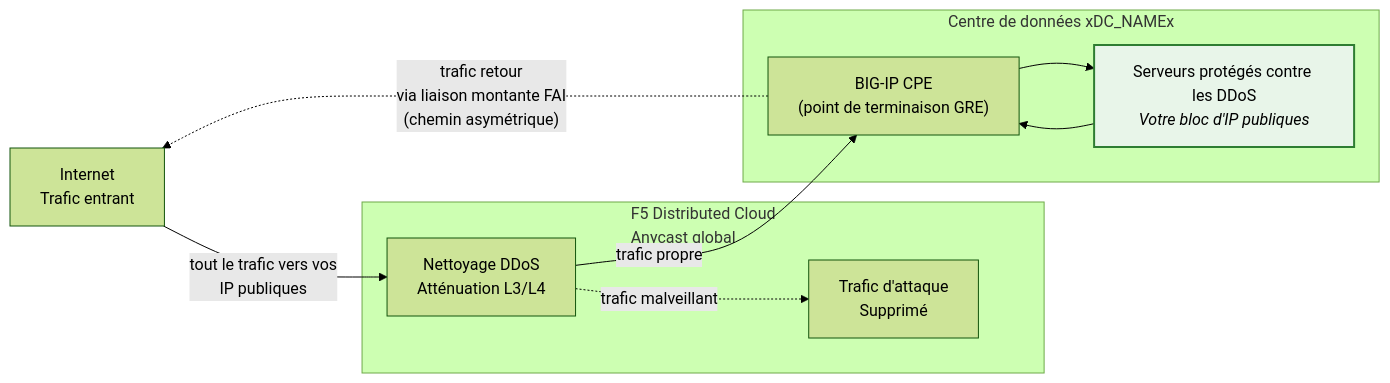
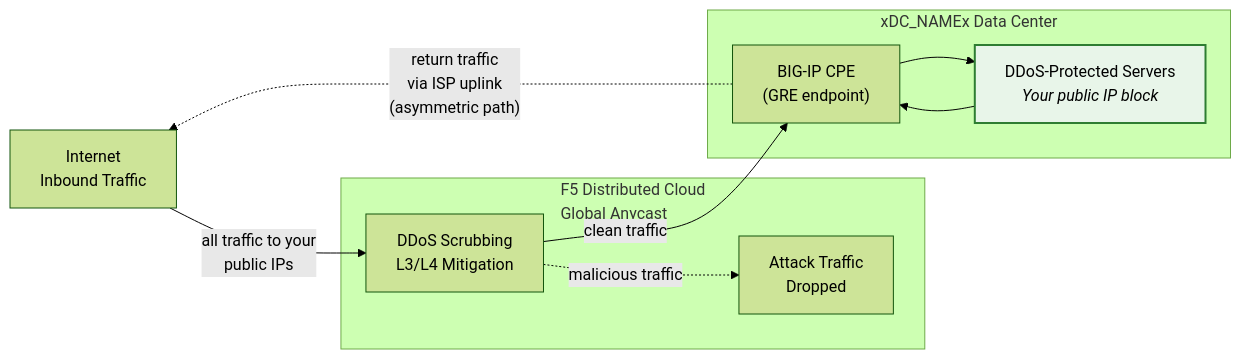
One commit to f5-sales-demo/ddos changed the first of 2 diagrams in docs/fr/overview.mdx. Above: the diagram before and after it, drawn with Mermaid (forest theme). The commit also changed other lines of this file and 89 other files, not shown here.

````diff
--- a/docs/fr/overview.mdx
+++ b/docs/fr/overview.mdx
@@ -21,23 +21,23 @@
 ```mermaid
 flowchart LR
-    INET["Internet<br/>Trafic entrant"]
+    INET["Internet<br/>Inbound Traffic"]
 
-    subgraph XC["F5 Distributed Cloud<br/>Anycast global"]
-        SCRUB["Nettoyage DDoS<br/>Atténuation L3/L4"]
-        DROP["Trafic d'attaque<br/>Supprimé"]
+    subgraph XC["F5 Distributed Cloud<br/>Global Anycast"]
+        SCRUB["DDoS Scrubbing<br/>L3/L4 Mitigation"]
+        DROP["Attack Traffic<br/>Dropped"]
     end
 
-    subgraph DC["Centre de données xDC_NAMEx"]
-        BIGIP["BIG-IP CPE<br/>(point de terminaison GRE)"]
-        SERVERS["Serveurs protégés contre les DDoS<br/><i>Votre bloc d'IP publiques</i>"]
+    subgraph DC["xDC_NAMEx Data Center"]
+        BIGIP["BIG-IP CPE<br/>(GRE endpoint)"]
+        SERVERS["DDoS-Protected Servers<br/><i>Your public IP block</i>"]
     end
 
-    INET -->|"tout le trafic vers vos<br/>IP publiques"| SCRUB
-    SCRUB -->|"trafic propre"| BIGIP
-    SCRUB -.->|"trafic malveillant"| DROP
+    INET -->|"all traffic to your<br/>public IPs"| SCRUB
+    SCRUB -->|"clean traffic"| BIGIP
+    SCRUB -.->|"malicious traffic"| DROP
     BIGIP --> SERVERS
     SERVERS --> BIGIP
-    BIGIP -.->|"trafic retour<br/>via liaison montante FAI<br/>(chemin asymétrique)"| INET
+    BIGIP -.->|"return traffic<br/>via ISP uplink<br/>(asymmetric path)"| INET
 
     style SERVERS fill:#e8f5e9,stroke:#2e7d32,stroke-width:2px
 ```
````
